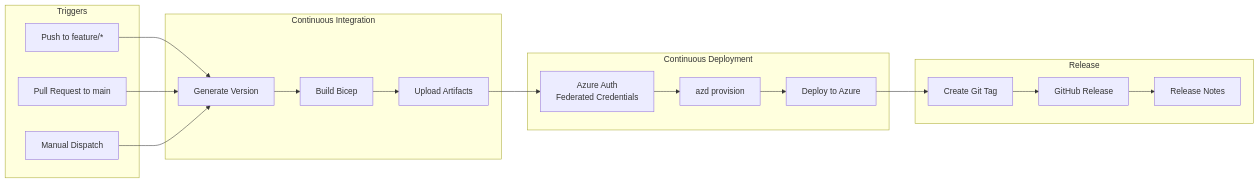
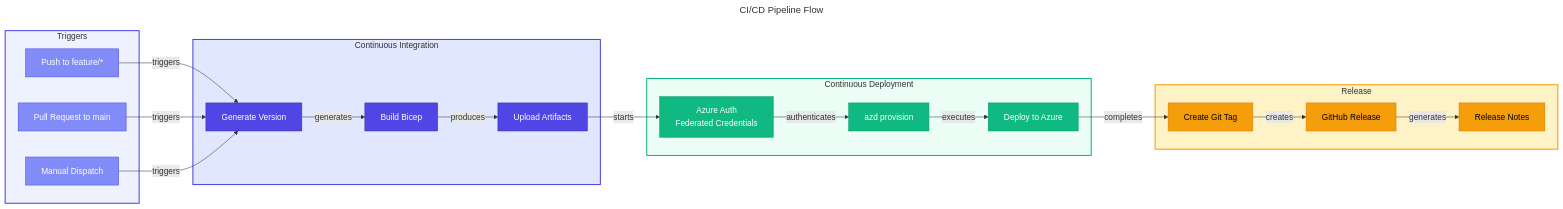
One commit to Evilazaro/DevExp-DevBox changed the tenth of 14 diagrams in docs/architecture/04-technology-architecture.md. Above: the diagram before and after it, drawn with Mermaid. The commit also changed other lines of this file, not shown here.

Commit message:
Refactor identity and role diagrams to enhance clarity and detail in the technology architecture documentation

````diff
--- a/docs/architecture/04-technology-architecture.md
+++ b/docs/architecture/04-technology-architecture.md
@@ -785,41 +888,67 @@
 ```mermaid
+---
+title: CI/CD Pipeline Flow
+---
 flowchart LR
+    %% ===== STYLE DEFINITIONS =====
+    classDef primary fill:#4F46E5,stroke:#3730A3,color:#FFFFFF
+    classDef secondary fill:#10B981,stroke:#059669,color:#FFFFFF
+    classDef datastore fill:#F59E0B,stroke:#D97706,color:#000000
+    classDef trigger fill:#818CF8,stroke:#4F46E5,color:#FFFFFF
+
+    %% ===== TRIGGERS =====
     subgraph Trigger["Triggers"]
-        PUSH[Push to feature/*]
-        PR[Pull Request to main]
-        MANUAL[Manual Dispatch]
+        PUSH["Push to feature/*"]
+        PR["Pull Request to main"]
+        MANUAL["Manual Dispatch"]
     end
 
+    %% ===== CI =====
     subgraph CI["Continuous Integration"]
-        VERSION[Generate Version]
-        BUILD[Build Bicep]
-        ARTIFACT[Upload Artifacts]
+        VERSION["Generate Version"]
+        BUILD["Build Bicep"]
+        ARTIFACT["Upload Artifacts"]
     end
 
+    %% ===== CD =====
     subgraph CD["Continuous Deployment"]
-        AUTH[Azure Auth<br/>Federated Credentials]
-        PROVISION[azd provision]
-        DEPLOY[Deploy to Azure]
+        AUTH["Azure Auth<br/>Federated Credentials"]
+        PROVISION["azd provision"]
+        DEPLOY["Deploy to Azure"]
     end
 
+    %% ===== RELEASE =====
     subgraph Release["Release"]
-        TAG[Create Git Tag]
-        RELEASE[GitHub Release]
-        NOTES[Release Notes]
+        TAG["Create Git Tag"]
+        RELEASE["GitHub Release"]
+        NOTES["Release Notes"]
     end
 
-    PUSH --> VERSION
-    PR --> VERSION
-    MANUAL --> VERSION
+    %% ===== CONNECTIONS =====
+    PUSH -->|"triggers"| VERSION
+    PR -->|"triggers"| VERSION
+    MANUAL -->|"triggers"| VERSION
 
-    VERSION --> BUILD
-    BUILD --> ARTIFACT
+    VERSION -->|"generates"| BUILD
+    BUILD -->|"produces"| ARTIFACT
 
-    ARTIFACT --> AUTH
-    AUTH --> PROVISION
-    PROVISION --> DEPLOY
+    ARTIFACT -->|"starts"| AUTH
+    AUTH -->|"authenticates"| PROVISION
+    PROVISION -->|"executes"| DEPLOY
 
-    DEPLOY --> TAG
-    TAG --> RELEASE
-    RELEASE --> NOTES
+    DEPLOY -->|"completes"| TAG
+    TAG -->|"creates"| RELEASE
+    RELEASE -->|"generates"| NOTES
+
+    %% ===== APPLY STYLES =====
+    class PUSH,PR,MANUAL trigger
+    class VERSION,BUILD,ARTIFACT primary
+    class AUTH,PROVISION,DEPLOY secondary
+    class TAG,RELEASE,NOTES datastore
+
+    %% ===== SUBGRAPH STYLING =====
+    style Trigger fill:#EEF2FF,stroke:#4F46E5,stroke-width:2px
+    style CI fill:#E0E7FF,stroke:#4F46E5,stroke-width:2px
+    style CD fill:#ECFDF5,stroke:#10B981,stroke-width:2px
+    style Release fill:#FEF3C7,stroke:#F59E0B,stroke-width:2px
 ```
````
